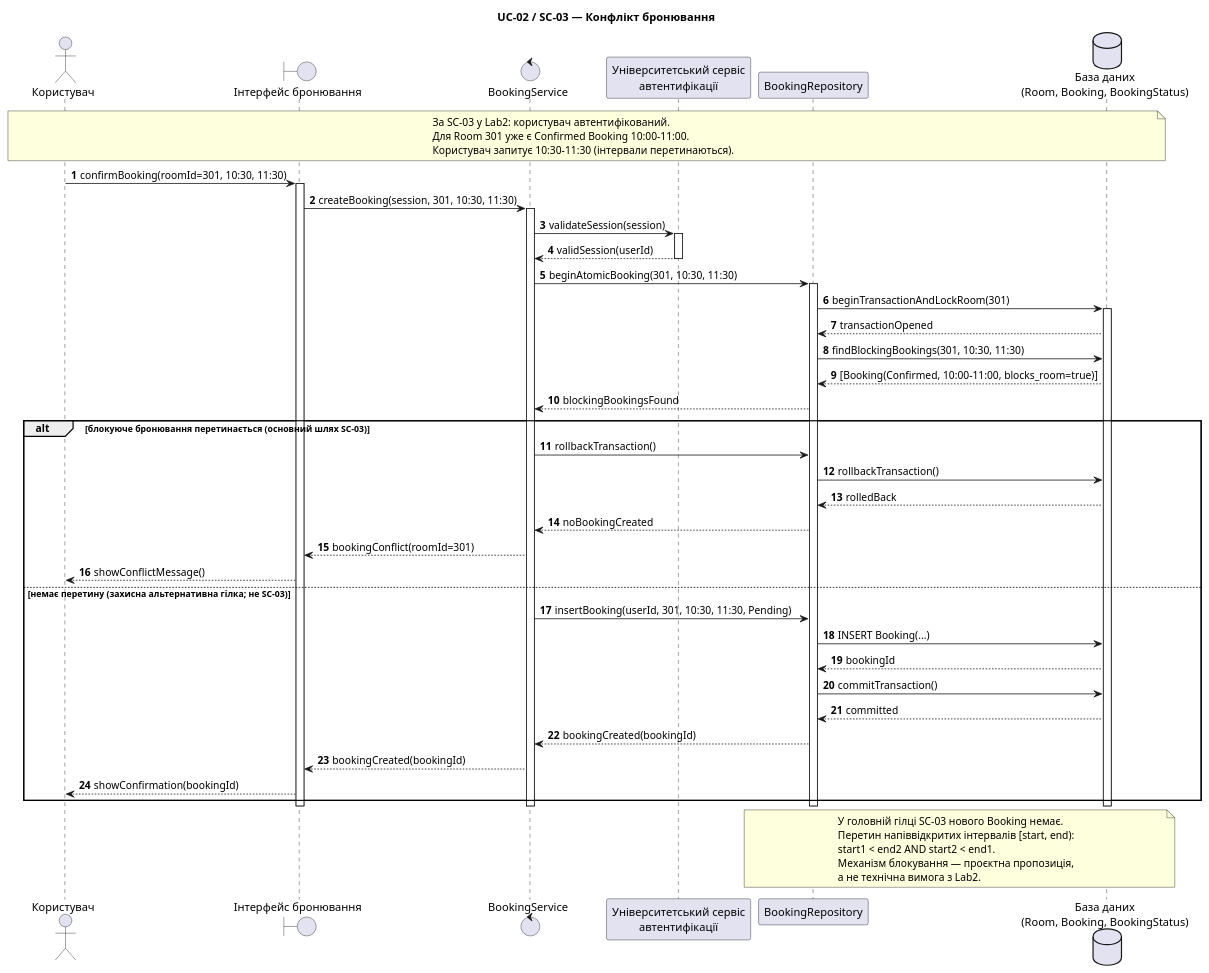
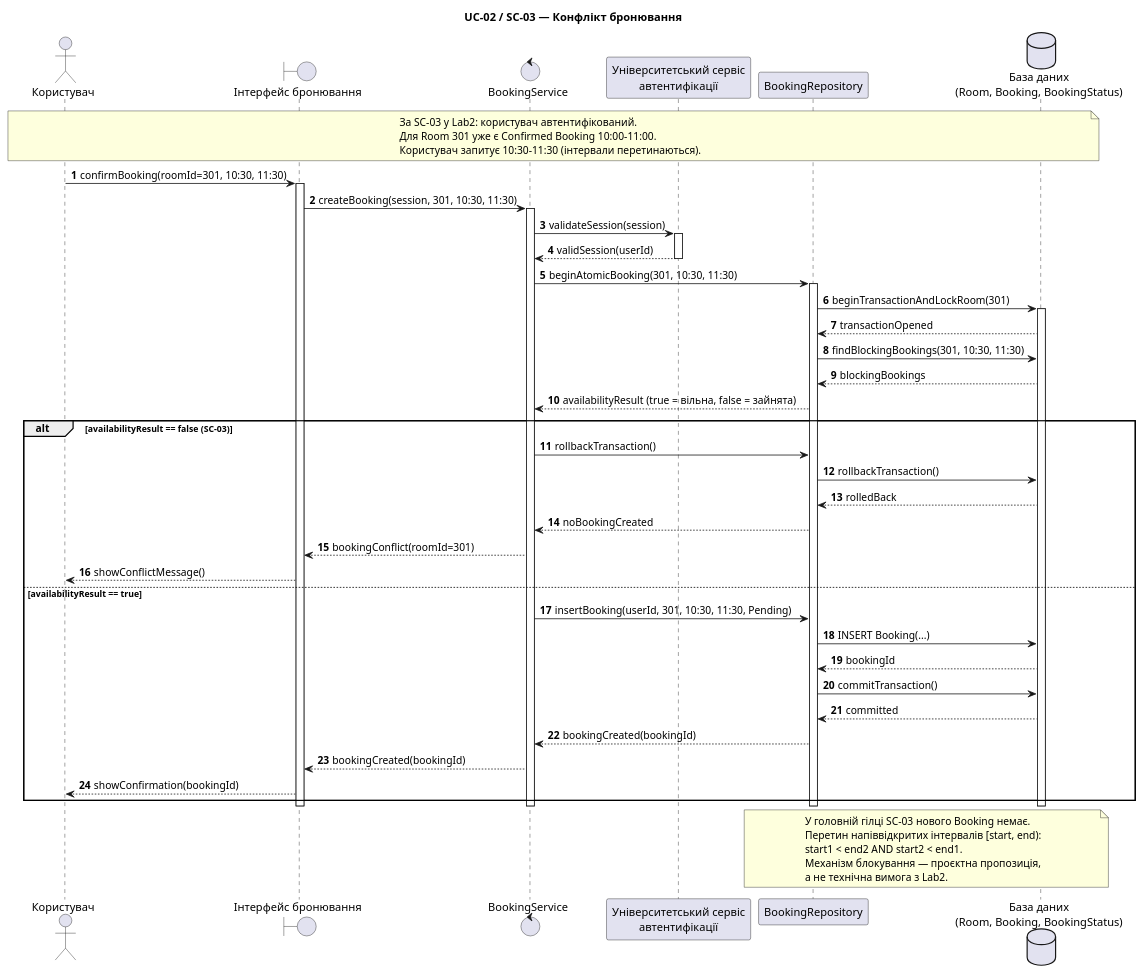
One commit to Oleksandr-C-S/MAVPZ changed the diagram in lab3/model/sequence-02.puml. Above: the diagram before and after it, drawn with PlantUML. The commit also changed 7 other files, not shown here.

Commit message:
fix availability conditions in sequence diagrams

```diff
--- a/lab3/model/sequence-02.puml
+++ b/lab3/model/sequence-02.puml
@@ -1,69 +1,67 @@
 @startuml
-' Lab3 — UC-02 / SC-03: Конфлікт при підтвердженні
-' Технічна чернетка: звірити з lab2/gherkin.md і lab2/requirements.md
 
 title UC-02 / SC-03 — Конфлікт бронювання
 
 autonumber
 actor "Користувач" as User
 boundary "Інтерфейс бронювання" as UI
 control "BookingService" as Service
 participant "Університетський сервіс\nавтентифікації" as Auth
 participant "BookingRepository" as Repo
 database "База даних\n(Room, Booking, BookingStatus)" as DB
 
 note over User,DB
 За SC-03 у Lab2: користувач автентифікований.
 Для Room 301 уже є Confirmed Booking 10:00–11:00.
 Користувач запитує 10:30–11:30 (інтервали перетинаються).
 end note
 
 User -> UI : confirmBooking(roomId=301, 10:30, 11:30)
 activate UI
 UI -> Service : createBooking(session, 301, 10:30, 11:30)
 activate Service
 Service -> Auth : validateSession(session)
 activate Auth
 Auth --> Service : validSession(userId)
 deactivate Auth
 
 Service -> Repo : beginAtomicBooking(301, 10:30, 11:30)
 activate Repo
 Repo -> DB : beginTransactionAndLockRoom(301)
 activate DB
 DB --> Repo : transactionOpened
 Repo -> DB : findBlockingBookings(301, 10:30, 11:30)
-DB --> Repo : [Booking(Confirmed, 10:00–11:00, blocks_room=true)]
-Repo --> Service : blockingBookingsFound
+DB --> Repo : blockingBookings
+Repo --> Service : availabilityResult (true = вільна, false = зайнята)
 
-alt блокуюче бронювання перетинається (основний шлях SC-03)
+alt availabilityResult == false (SC-03)
     Service -> Repo : rollbackTransaction()
     Repo -> DB : rollbackTransaction()
     DB --> Repo : rolledBack
     Repo --> Service : noBookingCreated
     Service --> UI : bookingConflict(roomId=301)
     UI --> User : showConflictMessage()
-else немає перетину (захисна альтернативна гілка; не SC-03)
+else availabilityResult == true
     Service -> Repo : insertBooking(userId, 301, 10:30, 11:30, Pending)
     Repo -> DB : INSERT Booking(...)
     DB --> Repo : bookingId
     Repo -> DB : commitTransaction()
     DB --> Repo : committed
     Repo --> Service : bookingCreated(bookingId)
     Service --> UI : bookingCreated(bookingId)
     UI --> User : showConfirmation(bookingId)
 end
 
 deactivate DB
 deactivate Repo
 deactivate Service
 deactivate UI
 
 note over Repo,DB
 У головній гілці SC-03 нового Booking немає.
 Перетин напіввідкритих інтервалів [start, end):
 start1 < end2 AND start2 < end1.
 Механізм блокування — проєктна пропозиція,
 а не технічна вимога з Lab2.
 end note
 @enduml
```
